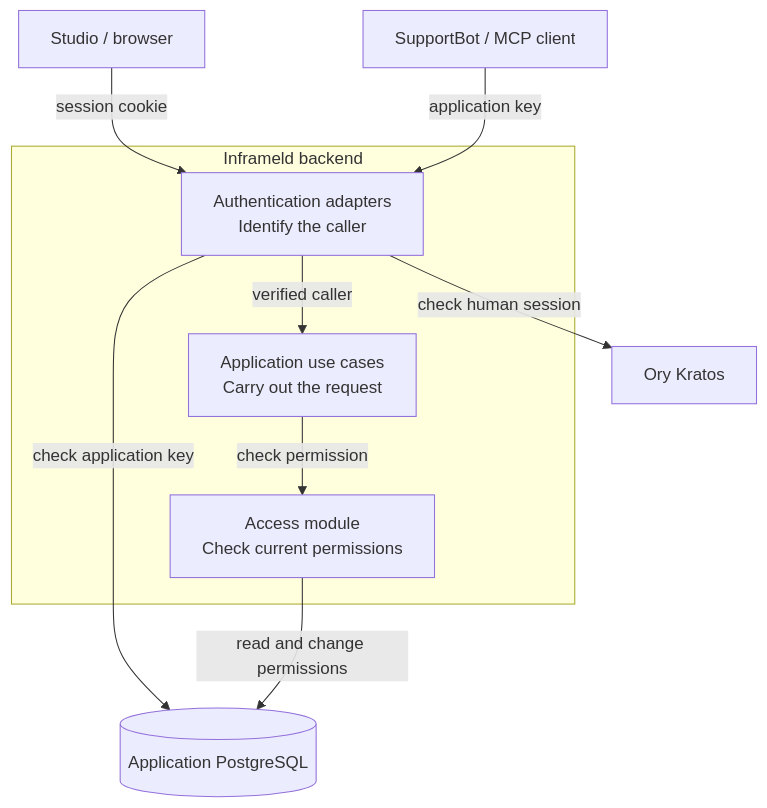
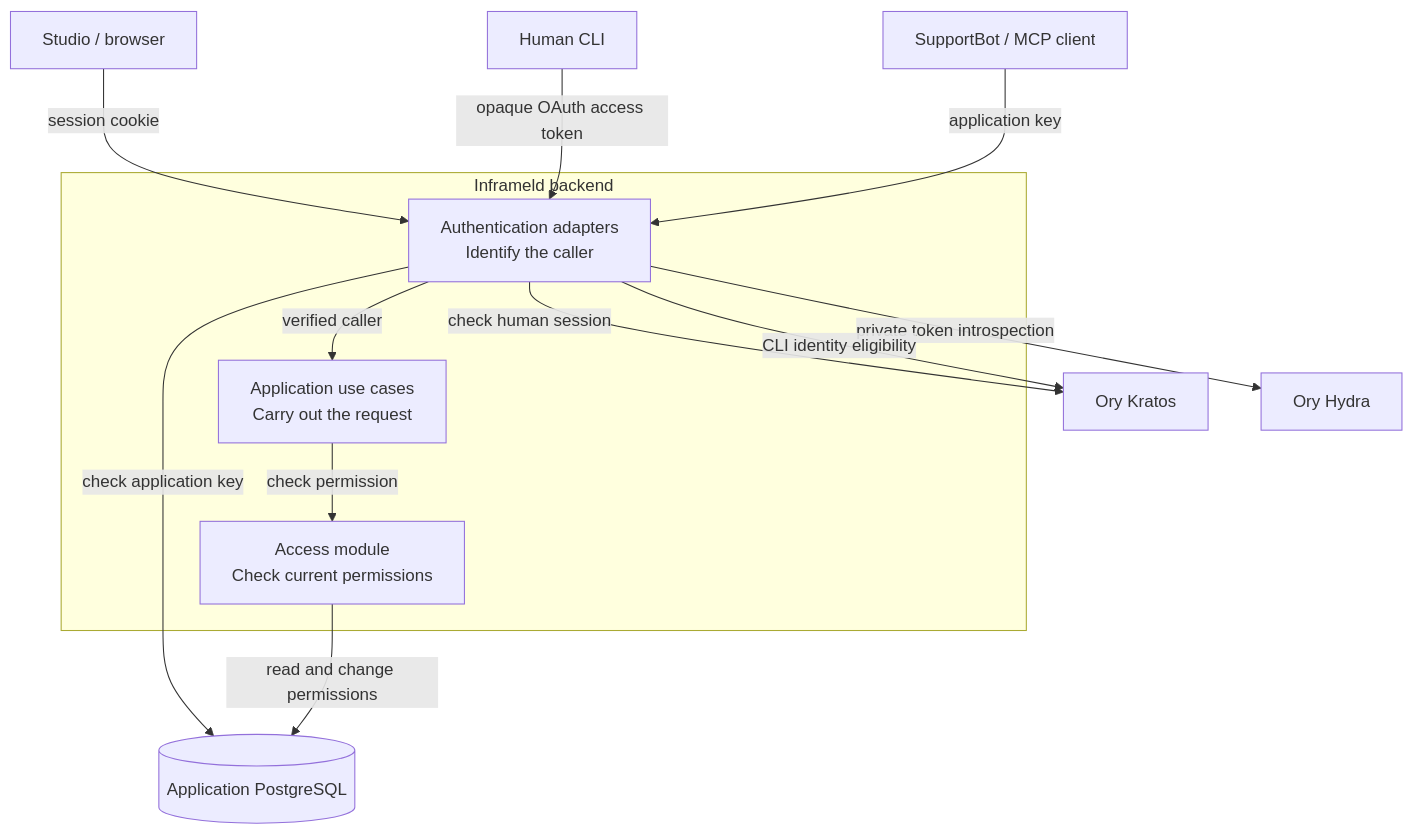
Before and after one commit to matejpalenik/inframeld: the first of 4 diagrams in docs/development/access-control.md, drawn with Mermaid. The commit also changed other lines of this file and 54 other files, not shown here.

Commit message:
docs(architecture): defer Studio and focus on a CLI as the main interface for v1

````diff
--- a/docs/development/access-control.md
+++ b/docs/development/access-control.md
@@ -71,19 +74,23 @@
 ```mermaid
 flowchart TB
     Studio["Studio / browser"]
+    CLI["Human CLI"]
     Bot["SupportBot / MCP client"]
 
     subgraph Backend["Inframeld backend"]
         Verify["Authentication adapters<br/>Identify the caller"]
         UseCases["Application use cases<br/>Carry out the request"]
         Access["Access module<br/>Check current permissions"]
         Verify -->|"verified caller"| UseCases
         UseCases -->|"check permission"| Access
     end
 
     Studio -->|"session cookie"| Verify
+    CLI -->|"opaque OAuth access token"| Verify
     Bot -->|"application key"| Verify
     Verify -->|"check human session"| Kratos["Ory Kratos"]
+    Verify -->|"private token introspection"| Hydra["Ory Hydra"]
+    Verify -->|"CLI identity eligibility"| Kratos
     Verify -->|"check application key"| DB[("Application PostgreSQL")]
     Access -->|"read and change permissions"| DB
 ```
````
